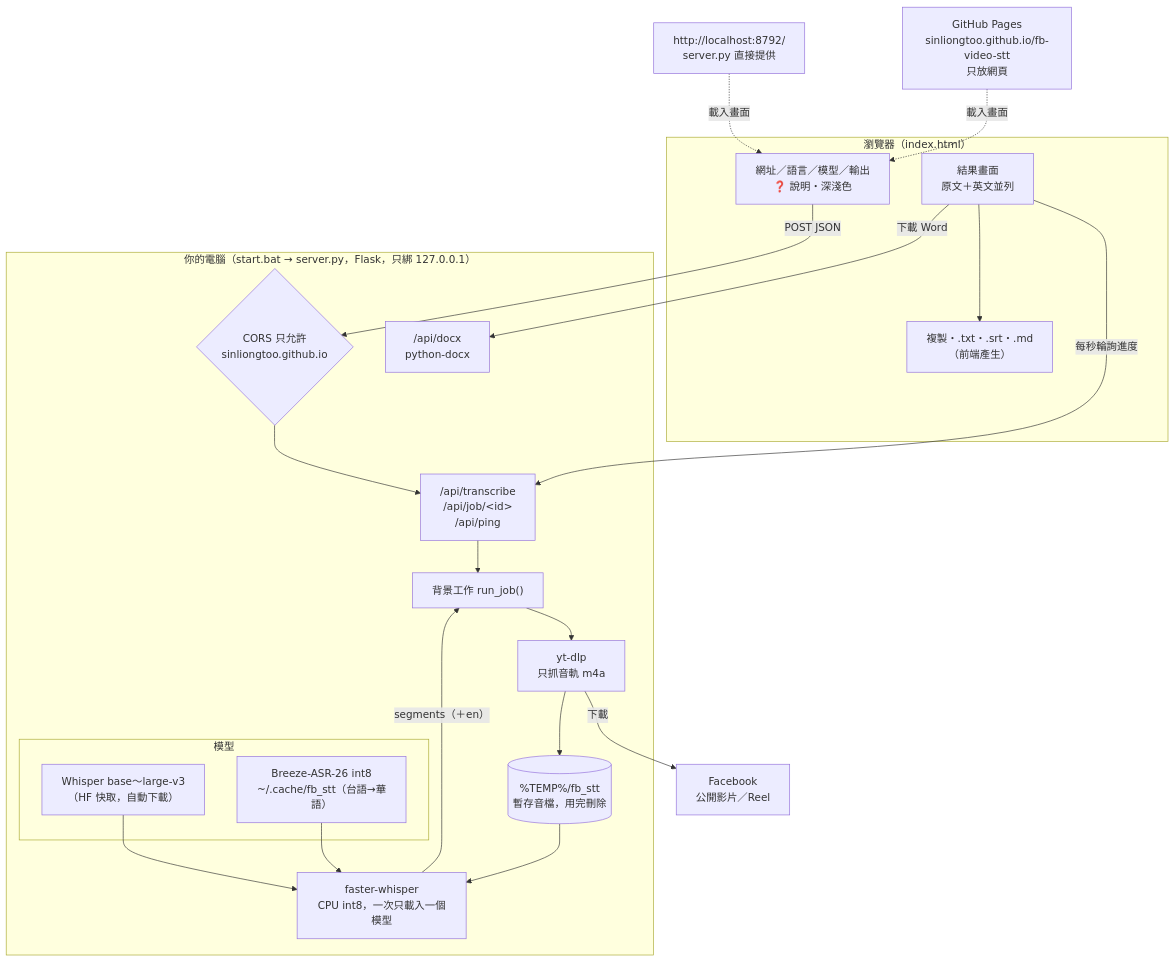
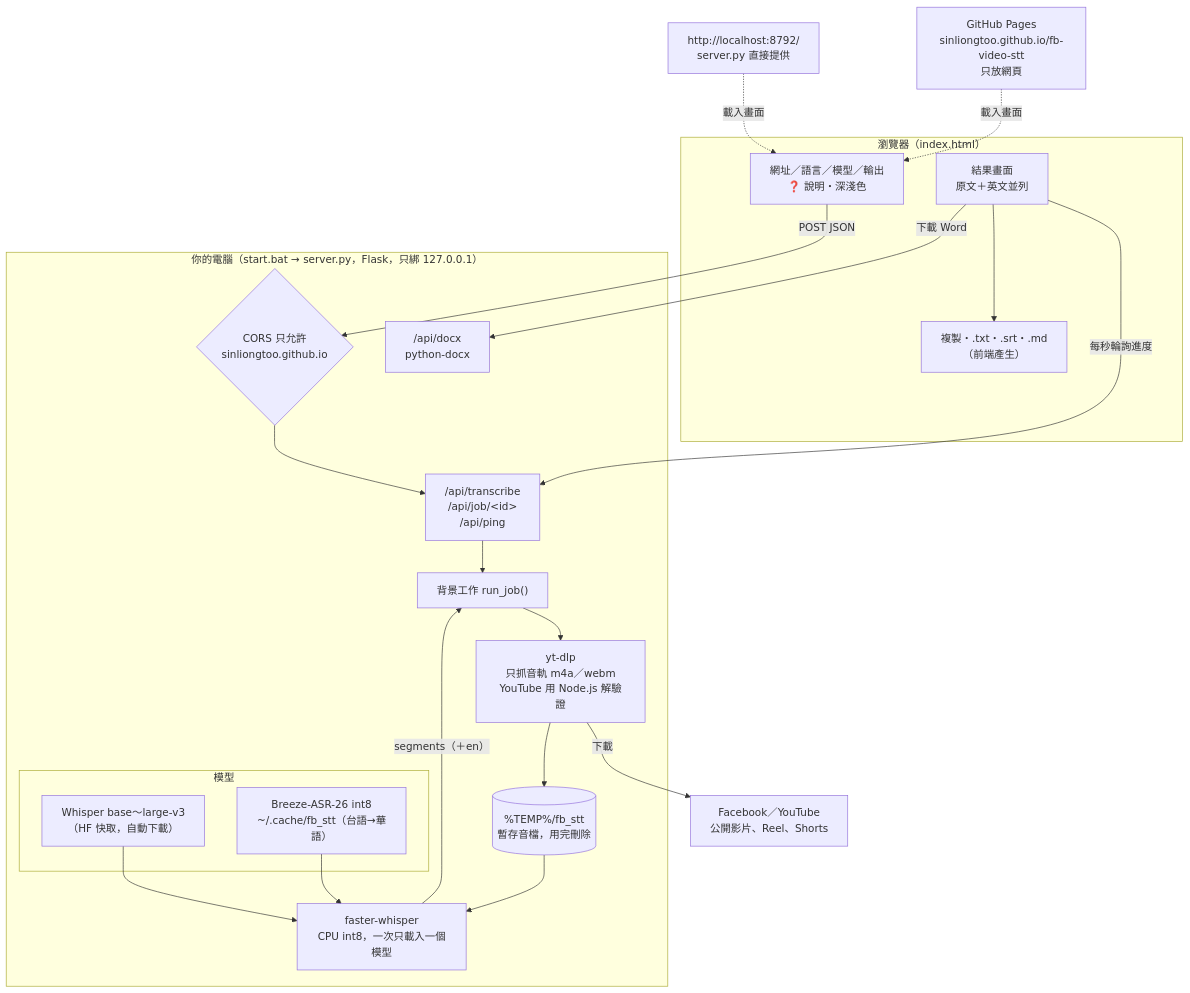
The first of 3 diagrams in README.md (SinLiongToo/fb-video-stt), drawn with Mermaid before and after one commit. The commit also changed other lines of this file and 7 other files, not shown here.

First line of the commit message:
v1.7：支援 YouTube 影片／Shorts；README 說明沒有用到 LLM

````diff
--- a/README.md
+++ b/README.md
@@ -82,37 +82,37 @@
 ```mermaid
 flowchart TD
     subgraph BROWSER["瀏覽器（index.html）"]
         UI["網址／語言／模型／輸出<br/>❓ 說明・深淺色"]
         VIEW["結果畫面<br/>原文＋英文並列"]
         EXP["複製・.txt・.srt・.md<br/>（前端產生）"]
     end
 
     PAGES["GitHub Pages<br/>sinliongtoo.github.io/fb-video-stt<br/>只放網頁"] -.->|"載入畫面"| UI
     LOCALPAGE["http://localhost:8792/<br/>server.py 直接提供"] -.->|"載入畫面"| UI
 
     subgraph PC["你的電腦（start.bat → server.py，Flask，只綁 127.0.0.1）"]
         API["/api/transcribe<br/>/api/job/&lt;id&gt;<br/>/api/ping"]
         CORS{"CORS 只允許<br/>sinliongtoo.github.io"}
         JOB["背景工作 run_job()"]
-        YTDLP["yt-dlp<br/>只抓音軌 m4a"]
+        YTDLP["yt-dlp<br/>只抓音軌 m4a／webm<br/>YouTube 用 Node.js 解驗證"]
         TMP[("%TEMP%/fb_stt<br/>暫存音檔，用完刪除")]
         FW["faster-whisper<br/>CPU int8，一次只載入一個模型"]
         DOCX["/api/docx<br/>python-docx"]
         subgraph MODELS["模型"]
             WH["Whisper base～large-v3<br/>（HF 快取，自動下載）"]
             BZ["Breeze-ASR-26 int8<br/>~/.cache/fb_stt（台語→華語）"]
         end
     end
 
-    FB["Facebook<br/>公開影片／Reel"]
+    FB["Facebook／YouTube<br/>公開影片、Reel、Shorts"]
 
     UI -->|"POST JSON"| CORS --> API --> JOB
     JOB --> YTDLP -->|"下載"| FB
     YTDLP --> TMP --> FW
     WH --> FW
     BZ --> FW
     FW -->|"segments（＋en）"| JOB
     VIEW -->|"每秒輪詢進度"| API
     VIEW --> EXP
     VIEW -->|"下載 Word"| DOCX
 ```
````
